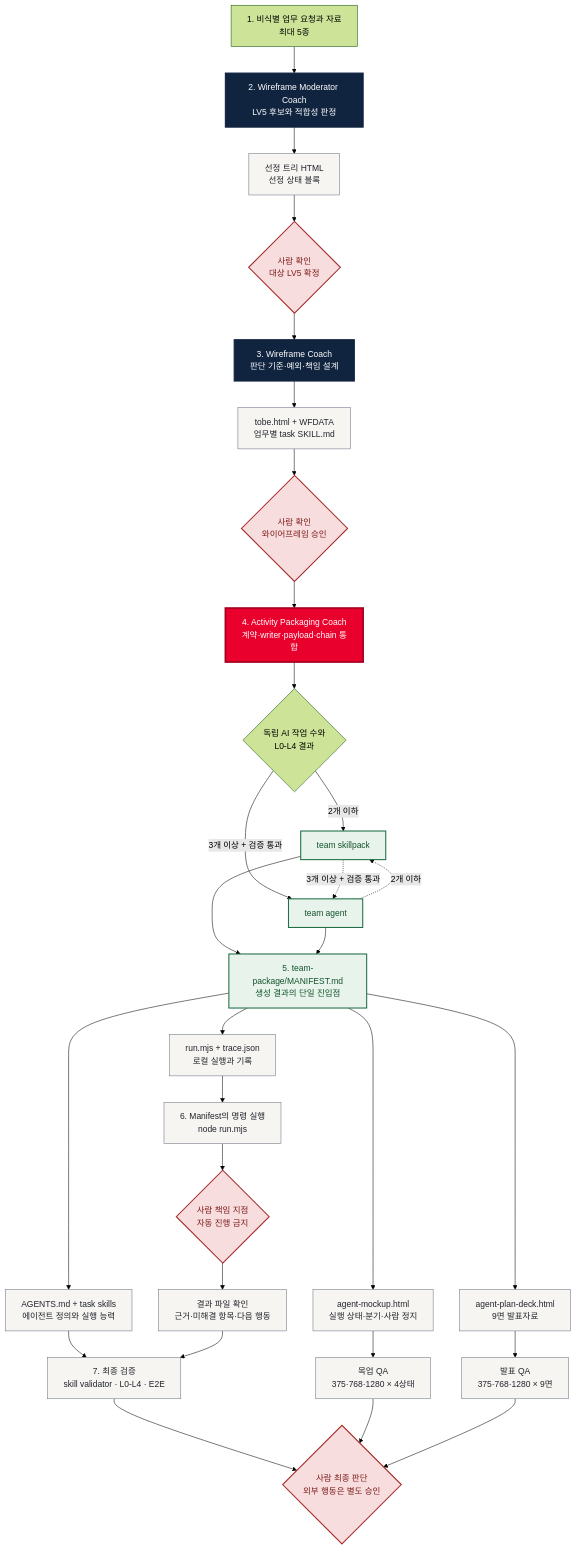
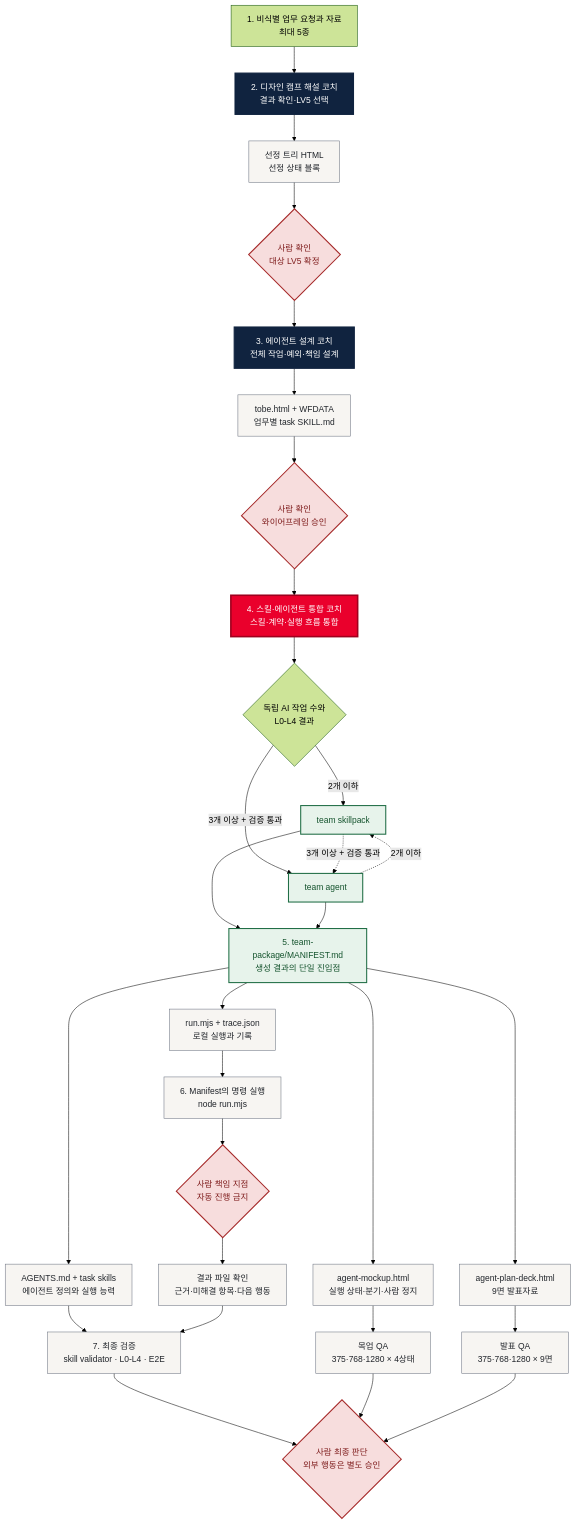
The diagram in README.md (gbrinan/Jcurve_SKI), drawn with Mermaid (forest theme) before and after one commit. The commit also changed other lines of this file and 3 other files, not shown here.

Commit message:
Rename the packaging coach for the three-coach flow

````diff
--- a/README.md
+++ b/README.md
@@ -40,47 +41,47 @@
 ```mermaid
 flowchart TB
-  U["1. 비식별 업무 요청과 자료<br/>최대 5종"] --> M["2. Wireframe Moderator Coach<br/>LV5 후보와 적합성 판정"]
+  U["1. 비식별 업무 요청과 자료<br/>최대 5종"] --> M["2. 디자인 캠프 해설 코치<br/>결과 확인·LV5 선택"]
   M --> MS["선정 트리 HTML<br/>선정 상태 블록"]
   MS --> H1{"사람 확인<br/>대상 LV5 확정"}
 
-  H1 --> W["3. Wireframe Coach<br/>판단 기준·예외·책임 설계"]
+  H1 --> W["3. 에이전트 설계 코치<br/>전체 작업·예외·책임 설계"]
   W --> WF["tobe.html + WFDATA<br/>업무별 task SKILL.md"]
   WF --> H2{"사람 확인<br/>와이어프레임 승인"}
 
-  H2 --> A["4. Activity Packaging Coach<br/>계약·writer·payload·chain 통합"]
+  H2 --> A["4. 스킬·에이전트 통합 코치<br/>스킬·계약·실행 흐름 통합"]
   A --> C{"독립 AI 작업 수와<br/>L0-L4 결과"}
   C -->|"2개 이하"| SP["team skillpack"]
   C -->|"3개 이상 + 검증 통과"| TA["team agent"]
   SP -. "3개 이상 + 검증 통과" .-> TA
   TA -. "2개 이하" .-> SP
 
   SP --> PKG["5. team-package/MANIFEST.md<br/>생성 결과의 단일 진입점"]
   TA --> PKG
   PKG --> AS["AGENTS.md + task skills<br/>에이전트 정의와 실행 능력"]
   PKG --> RT["run.mjs + trace.json<br/>로컬 실행과 기록"]
   PKG --> MX["agent-mockup.html<br/>실행 상태·분기·사람 정지"]
   PKG --> DK["agent-plan-deck.html<br/>9면 발표자료"]
 
   RT --> CMD["6. Manifest의 명령 실행<br/>node run.mjs"]
   CMD --> HH{"사람 책임 지점<br/>자동 진행 금지"}
   HH --> OUT["결과 파일 확인<br/>근거·미해결 항목·다음 행동"]
 
   AS --> V["7. 최종 검증<br/>skill validator · L0-L4 · E2E"]
   MX --> V2["목업 QA<br/>375·768·1280 × 4상태"]
   DK --> V3["발표 QA<br/>375·768·1280 × 9면"]
   OUT --> V
   V --> H3{"사람 최종 판단<br/>외부 행동은 별도 승인"}
   V2 --> H3
   V3 --> H3
 
   classDef coach fill:#10233f,color:#ffffff,stroke:#10233f,stroke-width:2px;
   classDef current fill:#EA002C,color:#ffffff,stroke:#9f001e,stroke-width:3px;
   classDef artifact fill:#f7f5f2,color:#20242a,stroke:#6b7280,stroke-width:1px;
   classDef human fill:#f7dddd,color:#7f1d1d,stroke:#a62a2a,stroke-width:2px;
   classDef package fill:#e7f3eb,color:#14532d,stroke:#216e46,stroke-width:2px;
   class M,W,A coach;
   class A current;
   class MS,WF,AS,RT,MX,DK,CMD,OUT,V,V2,V3 artifact;
   class H1,H2,HH,H3 human;
   class SP,TA,PKG package;
 ```
````
